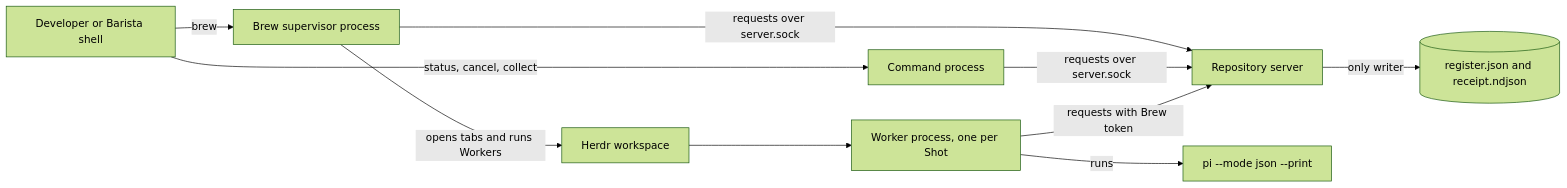
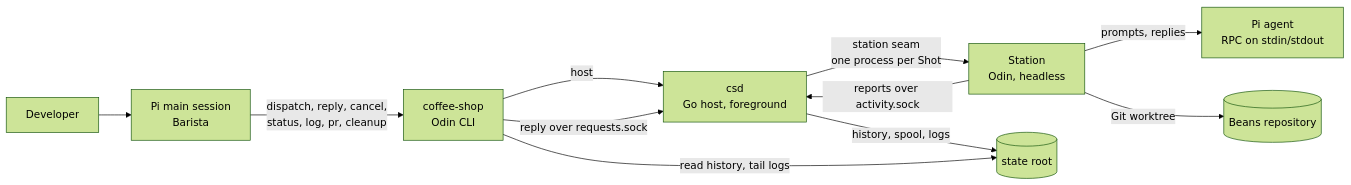
The diagram in docs/architecture.md (weima/coffee-shop), drawn with Mermaid (forest theme) before and after one commit. The commit also changed other lines of this file and 9 other files, not shown here.

````diff
--- a/docs/architecture.md
+++ b/docs/architecture.md
@@ -65,12 +24,13 @@
 ```mermaid
 flowchart LR
-    Dev[Developer or Barista shell] -->|brew| Sup[Brew supervisor process]
-    Dev -->|status, cancel, collect| Cmd[Command process]
-    Sup -->|requests over server.sock| Srv[Repository server]
-    Cmd -->|requests over server.sock| Srv
-    Sup -->|opens tabs and runs Workers| Herdr[Herdr workspace]
-    Herdr --> W[Worker process, one per Shot]
-    W -->|requests with Brew token| Srv
-    W -->|runs| Pi[pi --mode json --print]
-    Srv -->|only writer| State[(register.json and receipt.ndjson)]
+    Dev[Developer] --> Barista[Pi main session<br/>Barista]
+    Barista -->|dispatch, reply, cancel,<br/>status, log, pr, cleanup| CLI[coffee-shop<br/>Odin CLI]
+    CLI -->|host| Host[csd<br/>Go host, foreground]
+    Host -->|station seam<br/>one process per Shot| Station[Station<br/>Odin, headless]
+    Station -->|prompts, replies| Agent[Pi agent<br/>RPC on stdin/stdout]
+    Station -->|reports over activity.sock| Host
+    CLI -->|reply over requests.sock| Host
+    Host -->|history, spool, logs| State[(state root)]
+    CLI -->|read history, tail logs| State
+    Station -->|Git worktree| Beans[(Beans repository)]
 ```
````
